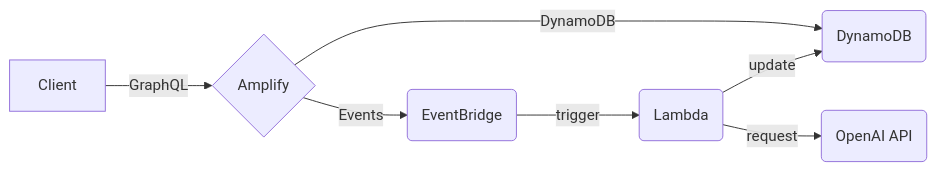
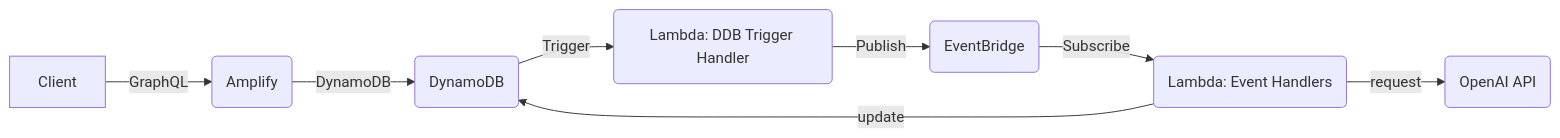
One commit to cliffpyles/smartypants changed the first of 3 diagrams in planning/architecture.md. Above: the diagram before and after it, drawn with Mermaid. The commit also changed other lines of this file, not shown here.

Commit message:
Update architecture documentation

````diff
--- a/planning/architecture.md
+++ b/planning/architecture.md
@@ -5,9 +5,10 @@
 ```mermaid
 graph LR
-  A[Client] -- GraphQL --> B{Amplify}
+  A[Client] -- GraphQL --> B(Amplify)
   B -- DynamoDB --> C(DynamoDB)
-  B -- Events --> D(EventBridge)
-  D -- trigger --> E(Lambda)
-  E -- request --> F(OpenAI API)
-  E -- update --> C
+  C -- Trigger --> D1(Lambda: DDB Trigger Handler)
+  D1 -- Publish --> E(EventBridge)
+  E -- Subscribe --> D2(Lambda: Event Handlers)
+  D2 -- request --> F(OpenAI API)
+  D2 -- update --> C
 ```
````
